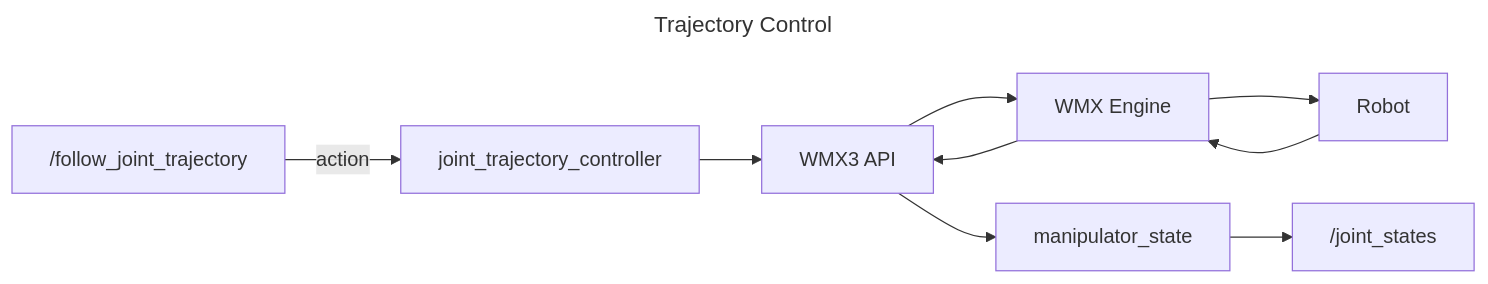
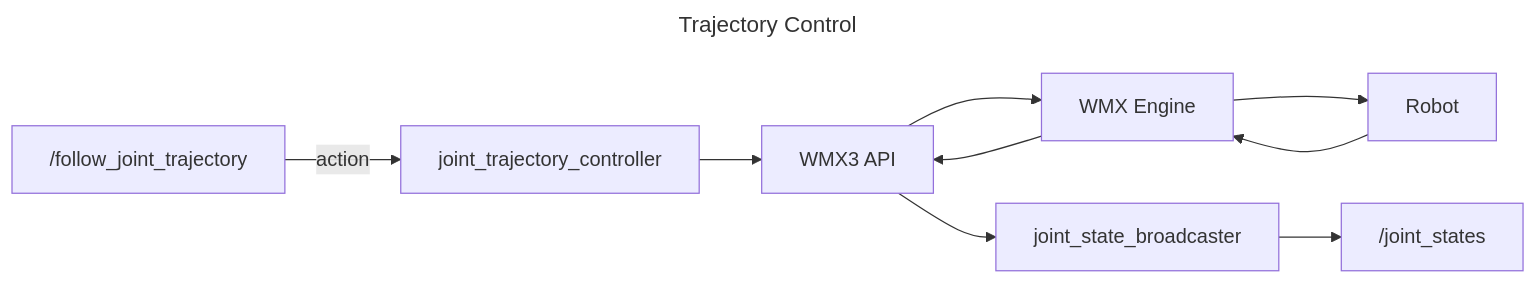
Before and after one commit to movensys/wmx-ros2: the second of 2 diagrams in README.md, drawn with Mermaid. The commit also changed other lines of this file and 4 other files, not shown here.

````diff
--- a/README.md
+++ b/README.md
@@ -32,14 +32,14 @@
 ```mermaid
 ---
 title: Trajectory Control
 ---
 flowchart LR;
     A["/follow_joint_trajectory"] -->|action| B[joint_trajectory_controller];
     B --> C[WMX3 API];
     C --> D[WMX Engine];
     D --> E[Robot];
     E --> D[WMX Engine];
     D --> C[WMX3 API];
-    C --> F[manipulator_state];
+    C --> F[joint_state_broadcaster];
     F --> G["/joint_states"];
 ```
````
